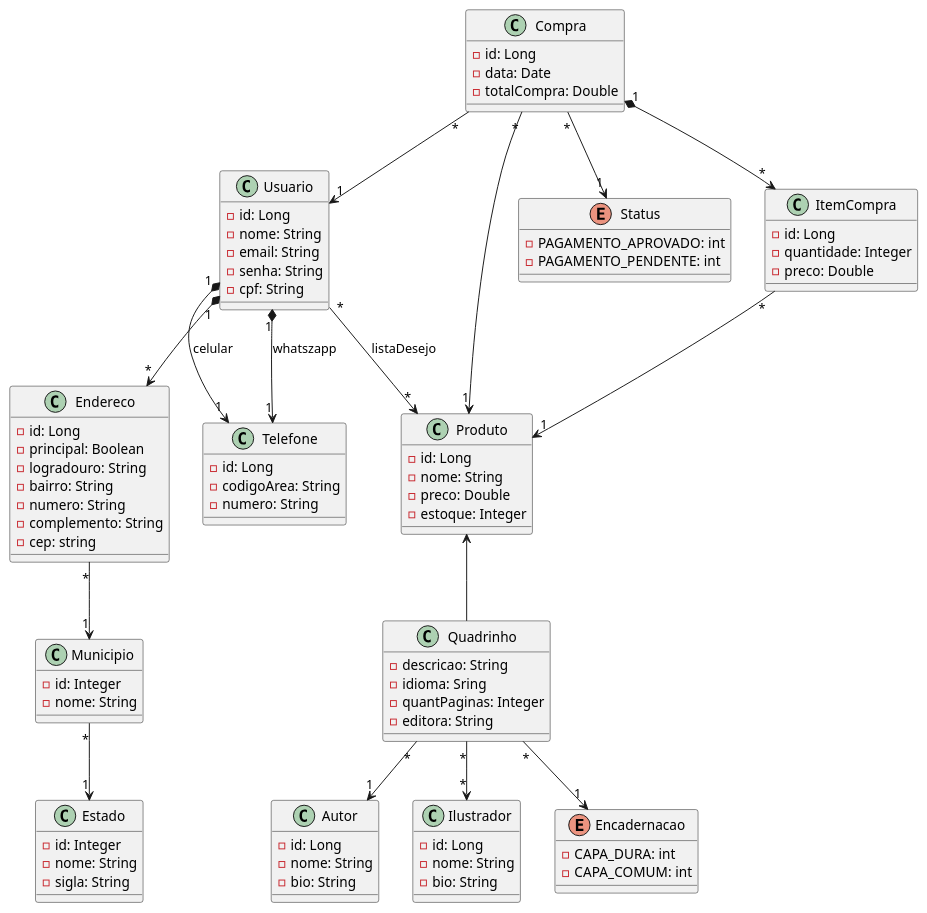
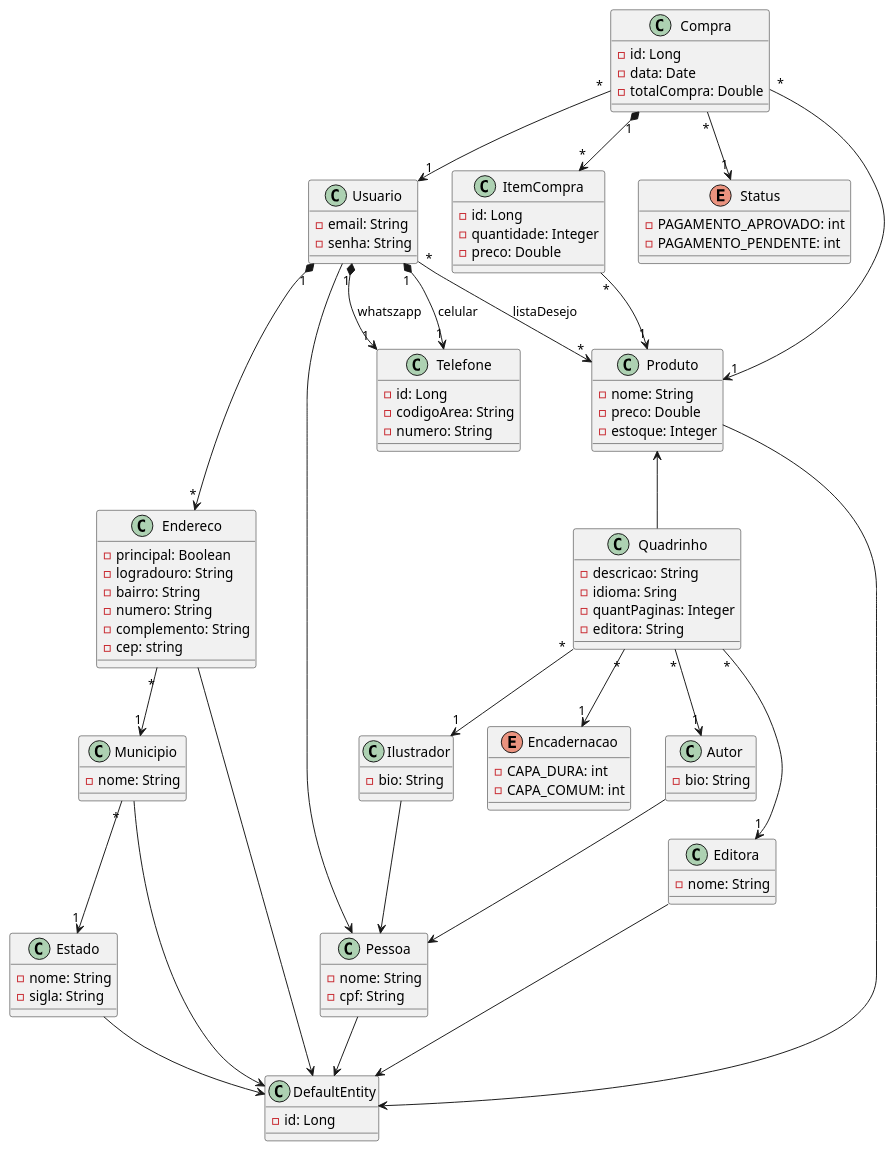
The diagram in projetoQuadrinhos.plantuml (alissonlima086/trabalhoTopicos), drawn with PlantUML before and after one commit. The commit also changed 5 other files, not shown here.

```diff
--- a/projetoQuadrinhos.plantuml
+++ b/projetoQuadrinhos.plantuml
@@ -1,107 +1,121 @@
 @startuml
 
     class Produto{
-        - id: Long
         - nome: String
         - preco: Double
         - estoque: Integer
     }
 
     class Quadrinho{
         - descricao: String
         - idioma: Sring
         - quantPaginas: Integer
         - editora: String
     }
 
     enum Encadernacao{
         - CAPA_DURA: int
         - CAPA_COMUM: int
     }
 
+    class DefaultEntity{
+        - id: Long
+    }
+
     class Autor{
-        - id: Long
-        - nome: String
         - bio: String
     }
 
     Class Ilustrador{
-        - id: Long
-        - nome: String
         - bio: String
     }
 
+    class Editora{
+        - nome: String
+    }
+
     class Usuario{
-        - id: Long
-        - nome: String
         - email: String
         - senha: String
-        - cpf: String
     }
     Class Telefone{
         - id: Long
         - codigoArea: String
         - numero: String
     }
     class Compra{
         - id: Long
         - data: Date
         - totalCompra: Double
+    }
+
+    class Pessoa{
+        - nome: String
+        - cpf: String
     }
 
     enum Status{
         - PAGAMENTO_APROVADO: int
         - PAGAMENTO_PENDENTE: int
     }
 
 
     class ItemCompra{
         - id: Long
         - quantidade: Integer
         - preco: Double
     }
 
     class Endereco{
-        - id: Long
         - principal: Boolean
         - logradouro: String
         - bairro: String
         - numero: String
         - complemento: String
         - cep: string
     }
 
     Class Municipio{
-        - id: Integer
         - nome: String
     }
 
     Class Estado{
-        - id: Integer
         - nome: String
         - sigla: String
     }
 
     Quadrinho -up-> Produto
     Quadrinho "*" --> "1" Encadernacao
 
     Usuario "*" --> "*" Produto: listaDesejo
     Usuario "1" *--> "1" Telefone: celular
     Usuario "1" *--> "1" Telefone: whatszapp
     Usuario "1" *--> "*" Endereco
 
     Compra "1" *--> "*"ItemCompra
     Compra "*" --> "1" Usuario
     Compra "*" --> "1" Produto
     Compra "*" --> "1" Status
 
     ItemCompra "*" --> "1" Produto
 
     Endereco "*" --> "1" Municipio
     
     Municipio "*" --> "1" Estado
 
     Quadrinho "*" --> "1" Autor
-    Quadrinho "*" --> "*" Ilustrador
+    Quadrinho "*" --> "1" Ilustrador
+    Quadrinho "*" --> "1" Editora
+
+    Produto --> DefaultEntity
+    Endereco --> DefaultEntity
+    Municipio --> DefaultEntity
+    Estado --> DefaultEntity
+    Editora --> DefaultEntity
+    Pessoa --> DefaultEntity
+
+    Autor --> Pessoa
+    Ilustrador --> Pessoa
+    Usuario --> Pessoa
     
 @enduml
```
